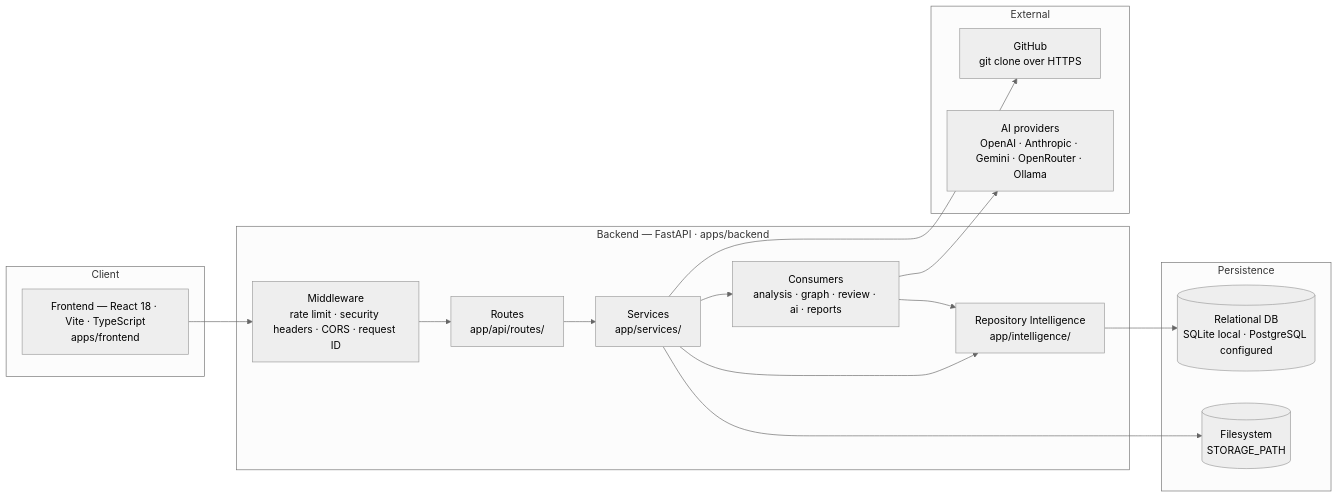
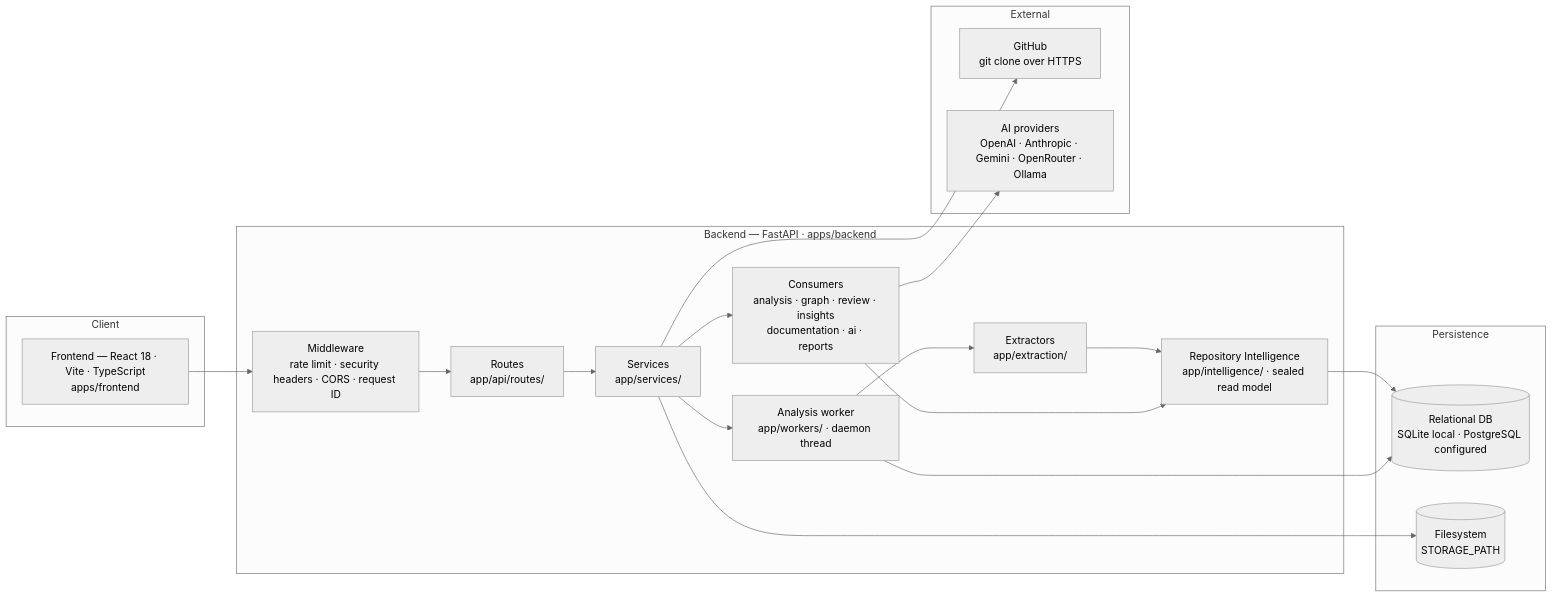
One commit to Second-Origin/PARTHA changed the first of 4 diagrams in docs/architecture/SYSTEM_OVERVIEW.md. Above: the diagram before and after it, drawn with Mermaid (neutral theme). The commit also changed other lines of this file and 4 other files, not shown here.

First line of the commit message:
docs: correct stale claims, document conversation retention, fix broken diagram

````diff
--- a/docs/architecture/SYSTEM_OVERVIEW.md
+++ b/docs/architecture/SYSTEM_OVERVIEW.md
@@ -16,33 +16,37 @@
 ```mermaid
 flowchart LR
     subgraph Client
         UI["Frontend — React 18 · Vite · TypeScript<br/>apps/frontend"]
     end
 
     subgraph Server["Backend — FastAPI · apps/backend"]
         MW["Middleware<br/>rate limit · security headers · CORS · request ID"]
         Routes["Routes<br/>app/api/routes/"]
         Services["Services<br/>app/services/"]
-        RI["Repository Intelligence<br/>app/intelligence/"]
-        Consumers["Consumers<br/>analysis · graph · review · ai · reports"]
+        Worker["Analysis worker<br/>app/workers/ · daemon thread"]
+        Extract["Extractors<br/>app/extraction/"]
+        RI["Repository Intelligence<br/>app/intelligence/ · sealed read model"]
+        Consumers["Consumers<br/>analysis · graph · review · insights<br/>documentation · ai · reports"]
     end
 
     subgraph Persistence
         DB[("Relational DB<br/>SQLite local · PostgreSQL configured")]
         Disk[("Filesystem<br/>STORAGE_PATH")]
     end
 
     subgraph External
         GH["GitHub<br/>git clone over HTTPS"]
         LLM["AI providers<br/>OpenAI · Anthropic · Gemini · OpenRouter · Ollama"]
     end
 
     UI --> MW --> Routes --> Services
-    Services --> RI
     Services --> Consumers
+    Services --> Worker
+    Worker --> Extract --> RI
     Consumers --> RI
     RI --> DB
+    Worker --> DB
     Services --> Disk
     Services --> GH
     Consumers --> LLM
 ```
````
